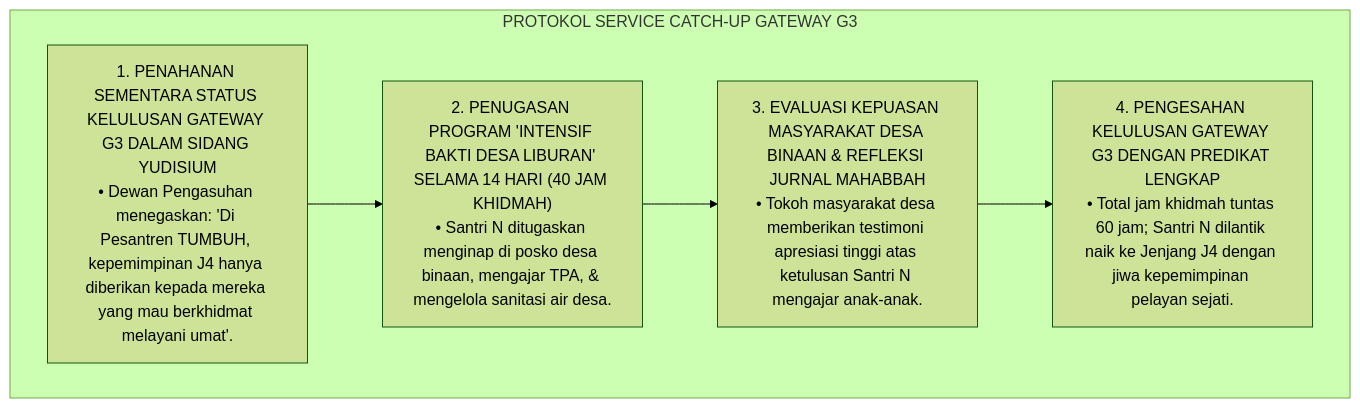
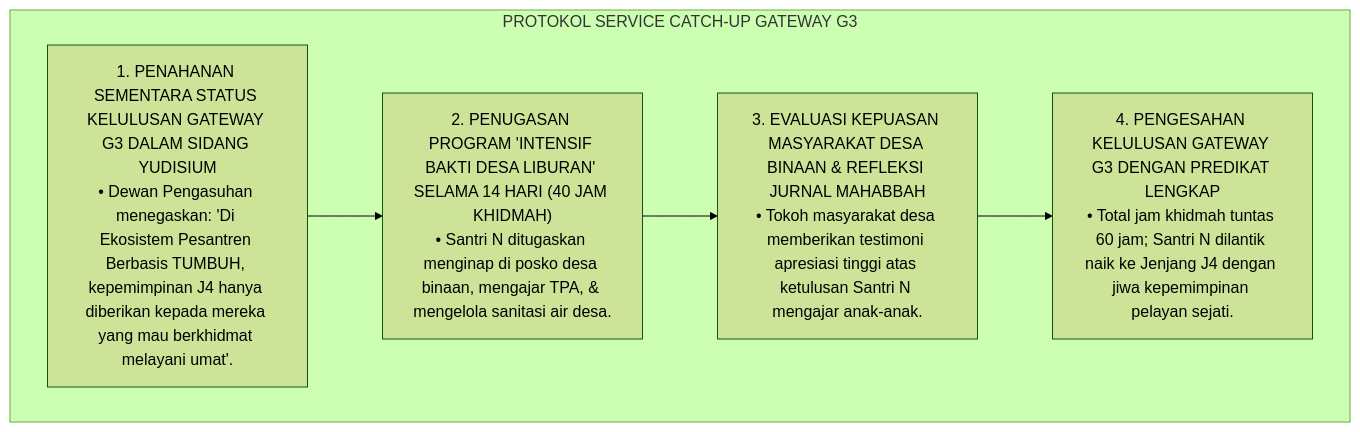
One commit to wandiapriliyandi/tumbuh changed the fifth of 7 diagrams in 04 Progression Framework/05 Growth Milestones/P4-05-02-Arsitektur-Evidence-Based-Gateway-Transisi.md. Above: the diagram before and after it, drawn with Mermaid (forest theme). The commit also changed other lines of this file and 605 other files, not shown here.

Commit message:
refactor: standarisasi penyebutan TUMBUH sebagai sistem pembinaan pesantren di seluruh naskah

````diff
--- a/04 Progression Framework/05 Growth Milestones/P4-05-02-Arsitektur-Evidence-Based-Gateway-Transisi.md
+++ b/04 Progression Framework/05 Growth Milestones/P4-05-02-Arsitektur-Evidence-Based-Gateway-Transisi.md
@@ -136,14 +136,14 @@
 ```mermaid
 flowchart TD
     subgraph ProtokolRemediasiKhidmah["PROTOKOL SERVICE CATCH-UP GATEWAY G3"]
-        Step1["1. PENAHANAN SEMENTARA STATUS KELULUSAN GATEWAY G3 DALAM SIDANG YUDISIUM<br/>• Dewan Pengasuhan menegaskan: 'Di Pesantren TUMBUH, kepemimpinan J4 hanya diberikan kepada mereka yang mau berkhidmat melayani umat'."]
+        Step1["1. PENAHANAN SEMENTARA STATUS KELULUSAN GATEWAY G3 DALAM SIDANG YUDISIUM<br/>• Dewan Pengasuhan menegaskan: 'Di Ekosistem Pesantren Berbasis TUMBUH, kepemimpinan J4 hanya diberikan kepada mereka yang mau berkhidmat melayani umat'."]
         
         Step2["2. PENUGASAN PROGRAM 'INTENSIF BAKTI DESA LIBURAN' SELAMA 14 HARI (40 JAM KHIDMAH)<br/>• Santri N ditugaskan menginap di posko desa binaan, mengajar TPA, & mengelola sanitasi air desa."]
         
         Step3["3. EVALUASI KEPUASAN MASYARAKAT DESA BINAAN & REFLEKSI JURNAL MAHABBAH<br/>• Tokoh masyarakat desa memberikan testimoni apresiasi tinggi atas ketulusan Santri N mengajar anak-anak."]
         
         Step4["4. PENGESAHAN KELULUSAN GATEWAY G3 DENGAN PREDIKAT LENGKAP<br/>• Total jam khidmah tuntas 60 jam; Santri N dilantik naik ke Jenjang J4 dengan jiwa kepemimpinan pelayan sejati."]
         
         Step1 --> Step2 --> Step3 --> Step4
     end
 ```
````
